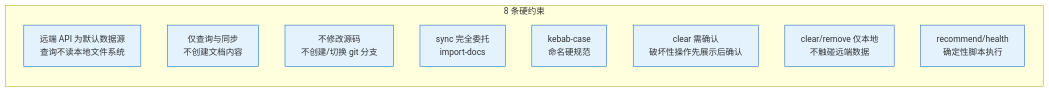
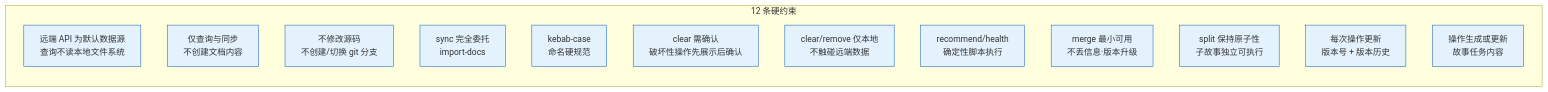
Diagram 15 of 17 in skills/rui-story/SKILL.md (effiy/YrY), drawn with Mermaid before and after one commit. The commit also changed other lines of this file and 8 other files, not shown here.

````diff
--- a/skills/rui-story/SKILL.md
+++ b/skills/rui-story/SKILL.md
@@ -503,15 +624,19 @@
 ```mermaid
 flowchart LR
-    subgraph 规则["8 条硬约束"]
+    subgraph 规则["12 条硬约束"]
         R1["远端 API 为默认数据源<br/>查询不读本地文件系统"]:::rule
         R2["仅查询与同步<br/>不创建文档内容"]:::rule
         R3["不修改源码<br/>不创建/切换 git 分支"]:::rule
         R4["sync 完全委托<br/>import-docs"]:::rule
         R5["kebab-case<br/>命名硬规范"]:::rule
         R6["clear 需确认<br/>破坏性操作先展示后确认"]:::rule
         R7["clear/remove 仅本地<br/>不触碰远端数据"]:::rule
         R8["recommend/health<br/>确定性脚本执行"]:::rule
+        R9["merge 最小可用<br/>不丢信息·版本升级"]:::rule
+        R10["split 保持原子性<br/>子故事独立可执行"]:::rule
+        R11["每次操作更新<br/>版本号 + 版本历史"]:::rule
+        R12["操作生成或更新<br/>故事任务内容"]:::rule
     end
 
     classDef rule fill:#e3f2fd,stroke:#1565c0;
 ```
````
